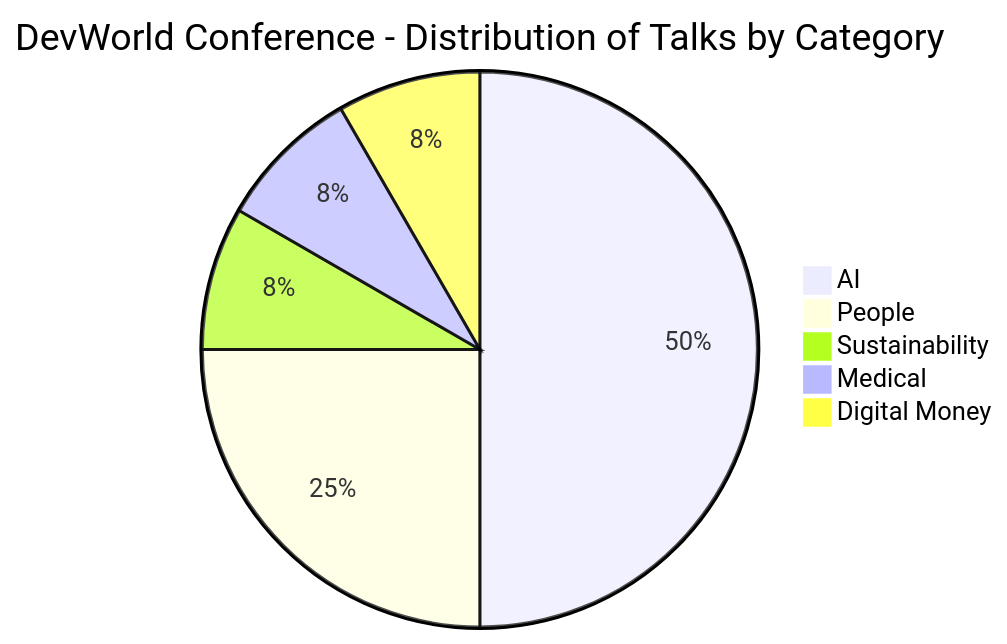
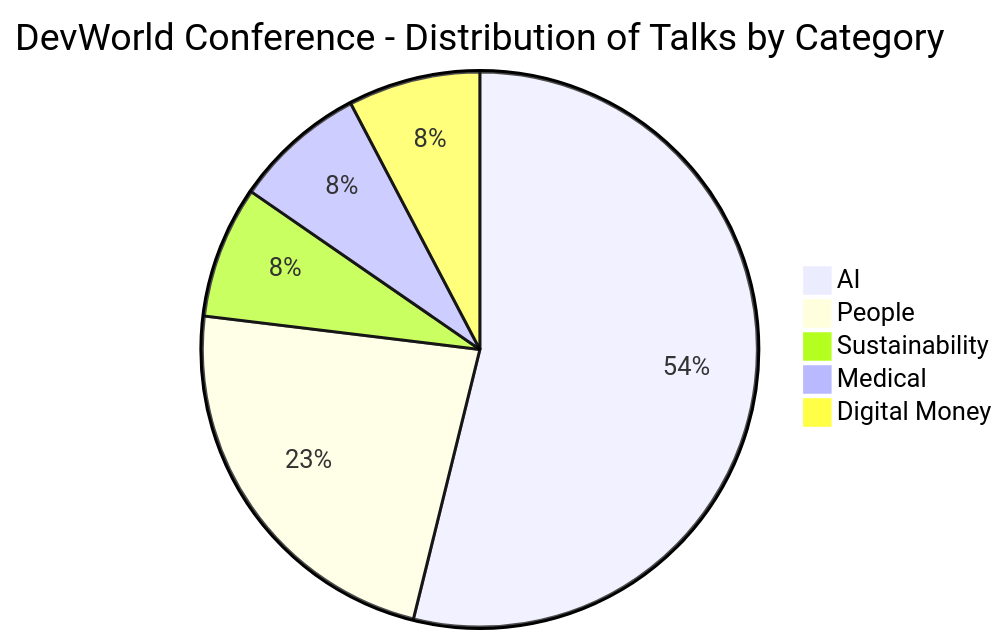
Before and after one commit to DDSoftDennie/ConferenceReports: the first of 3 diagrams in 2025/Mermaids.md/DevWorld.md, drawn with Mermaid. The commit also changed other lines of this file and 2 other files, not shown here.

Commit message:
Update DevWorld notes and statistics: increment AI talks to 7, enhance Mermaid diagrams, and add links for better resource accessibility.

````diff
--- a/2025/Mermaids.md/DevWorld.md
+++ b/2025/Mermaids.md/DevWorld.md
@@ -5,8 +5,8 @@
 ```mermaid
 pie title DevWorld Conference - Distribution of Talks by Category
-    "AI" : 6
+    "AI" : 7
     "People" : 3
     "Sustainability" : 1
     "Medical" : 1
     "Digital Money" : 1
 ```
````
